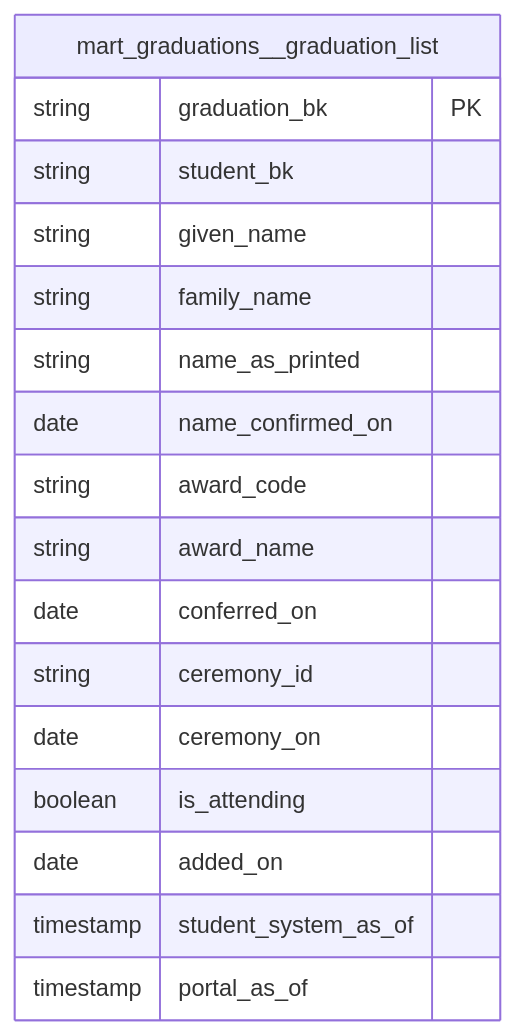
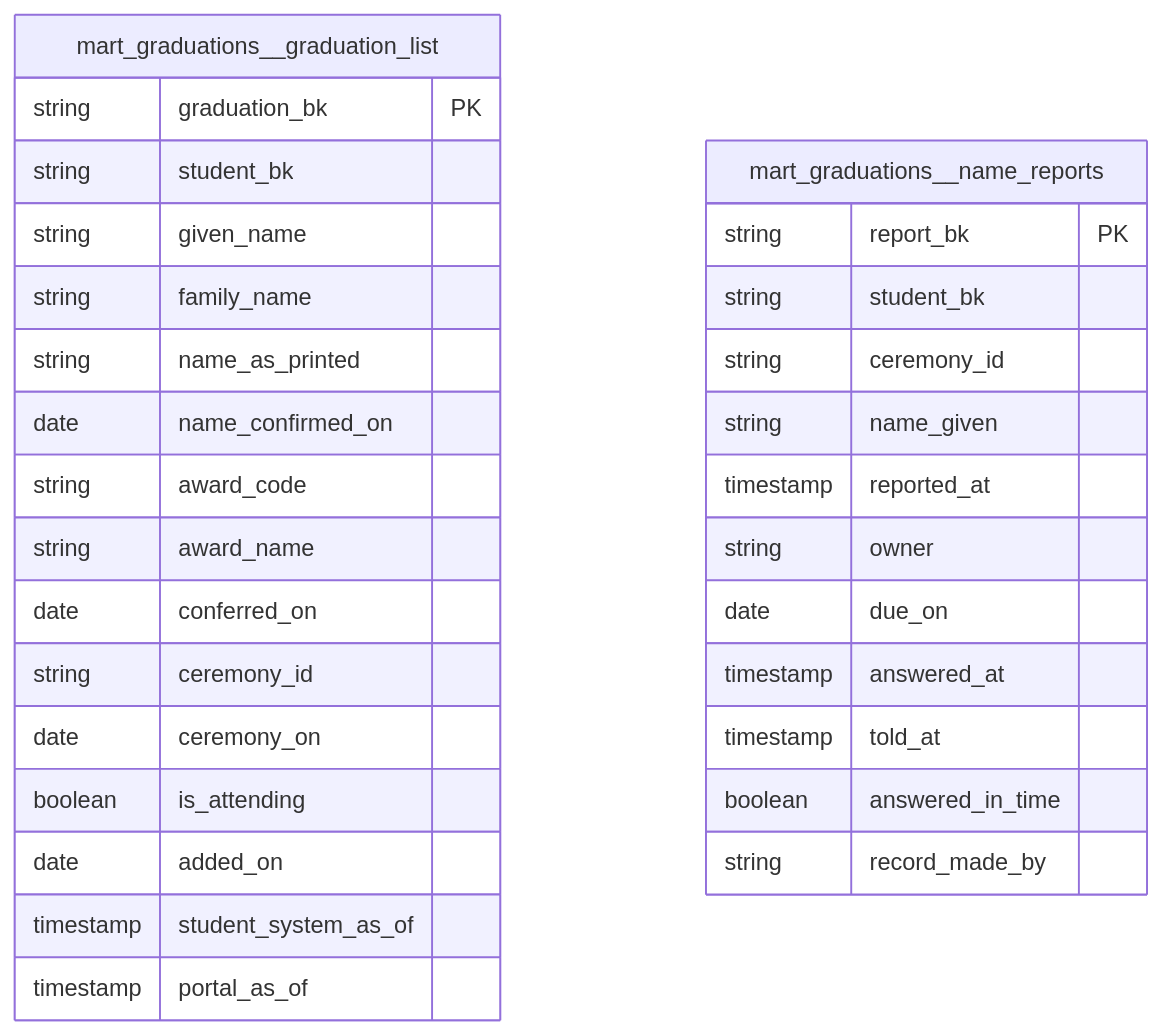
The diagram in films/analytics-engineering/project/models/marts/graduations/_graduations__physical.md (roanboc/learning-data), drawn with Mermaid before and after one commit. The commit also changed other lines of this file and 78 other files, not shown here.

````diff
--- a/films/analytics-engineering/project/models/marts/graduations/_graduations__physical.md
+++ b/films/analytics-engineering/project/models/marts/graduations/_graduations__physical.md
@@ -7,20 +7,33 @@
 ```mermaid
 erDiagram
     mart_graduations__graduation_list {
         string graduation_bk PK
         string student_bk
         string given_name
         string family_name
         string name_as_printed
         date name_confirmed_on
         string award_code
         string award_name
         date conferred_on
         string ceremony_id
         date ceremony_on
         boolean is_attending
         date added_on
         timestamp student_system_as_of
         timestamp portal_as_of
     }
+    mart_graduations__name_reports {
+        string report_bk PK
+        string student_bk
+        string ceremony_id
+        string name_given
+        timestamp reported_at
+        string owner
+        date due_on
+        timestamp answered_at
+        timestamp told_at
+        boolean answered_in_time
+        string record_made_by
+    }
 ```
````
